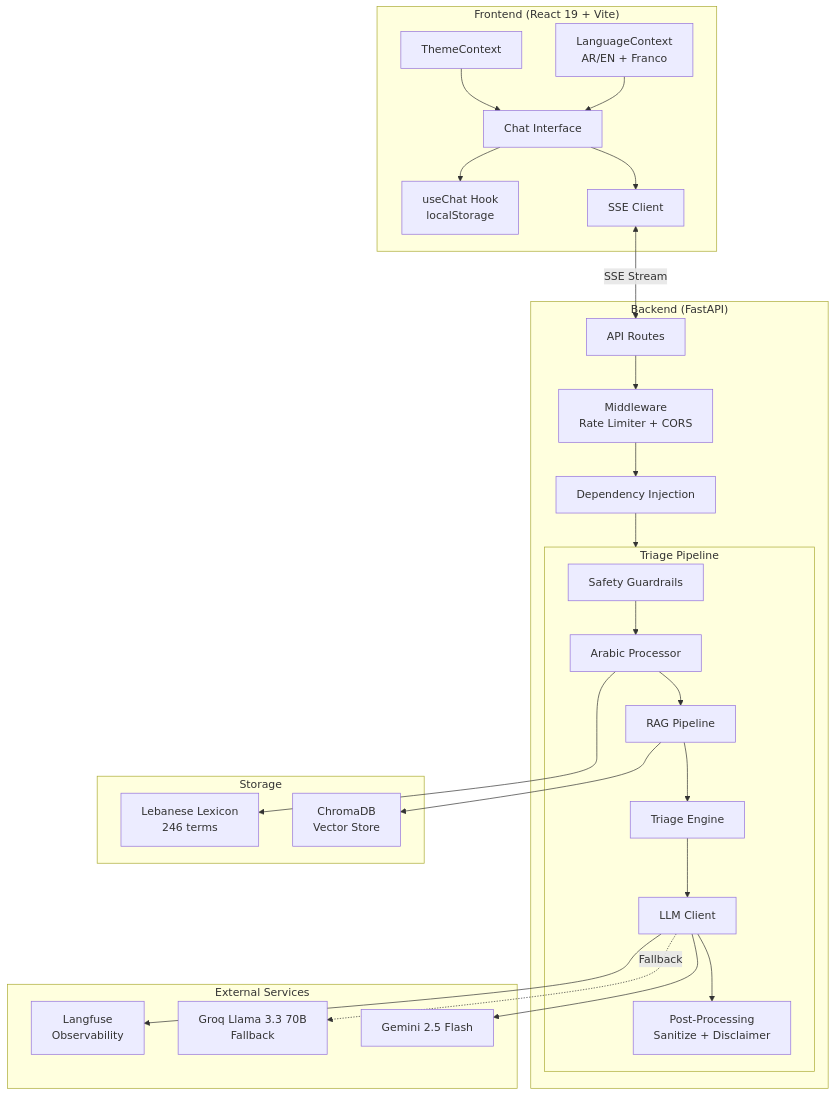
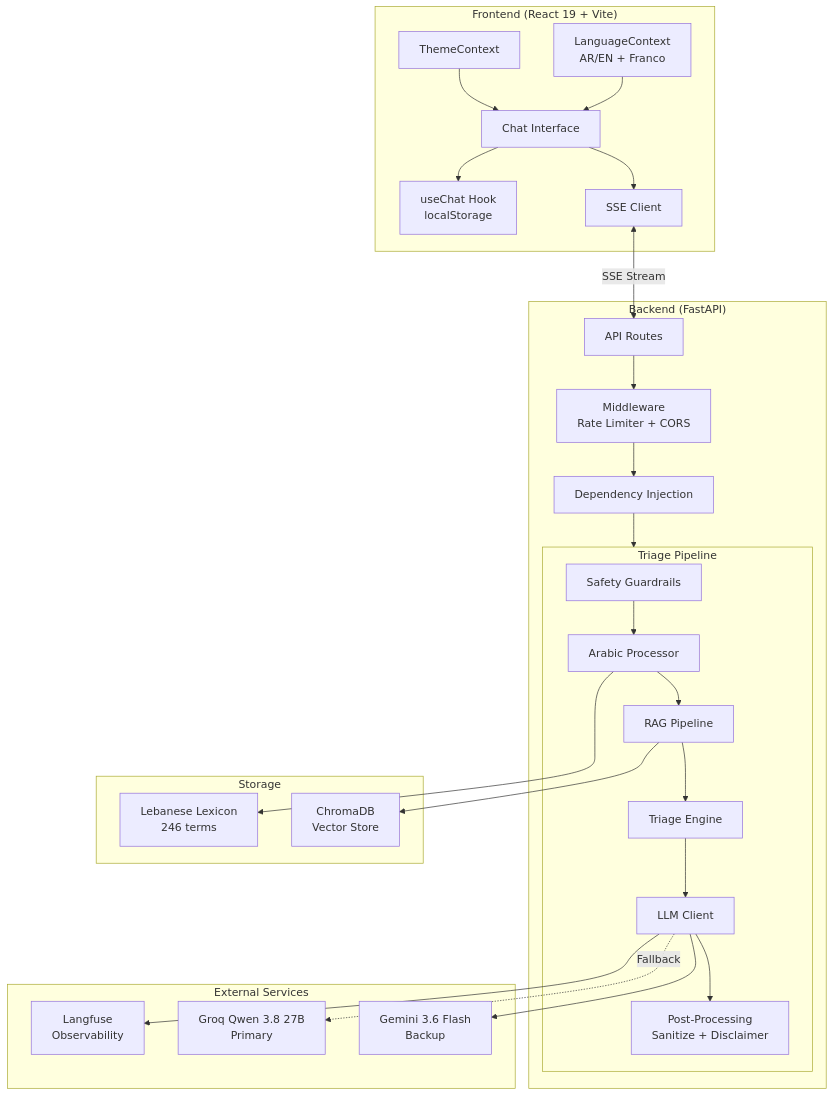
Before and after one commit to MOHHC/hakim: the first of 2 diagrams in docs/ARCHITECTURE.md, drawn with Mermaid. The commit also changed other lines of this file and 5 other files, not shown here.

````diff
--- a/docs/ARCHITECTURE.md
+++ b/docs/ARCHITECTURE.md
@@ -7,42 +7,42 @@
 ```mermaid
 graph TB
     subgraph Frontend ["Frontend (React 19 + Vite)"]
         UI[Chat Interface] --> SSE[SSE Client]
         UI --> State[useChat Hook<br/>localStorage]
         Theme[ThemeContext] --> UI
         Lang[LanguageContext<br/>AR/EN + Franco] --> UI
     end
 
     subgraph Backend ["Backend (FastAPI)"]
         API[API Routes] --> MW[Middleware<br/>Rate Limiter + CORS]
         MW --> DI[Dependency Injection]
 
         subgraph Pipeline ["Triage Pipeline"]
             SG[Safety Guardrails] --> AP[Arabic Processor]
             AP --> RAG[RAG Pipeline]
             RAG --> TE[Triage Engine]
             TE --> LLM[LLM Client]
             LLM --> PP[Post-Processing<br/>Sanitize + Disclaimer]
         end
 
         DI --> Pipeline
     end
 
     subgraph External ["External Services"]
-        Gemini[Gemini 2.5 Flash]
-        Groq[Groq Llama 3.3 70B<br/>Fallback]
+        Groq[Groq Qwen 3.8 27B<br/>Primary]
+        Gemini[Gemini 3.6 Flash<br/>Backup]
         LF[Langfuse<br/>Observability]
     end
 
     subgraph Storage ["Storage"]
         Chroma[ChromaDB<br/>Vector Store]
         Lexicon[Lebanese Lexicon<br/>246 terms]
     end
 
     SSE <-->|SSE Stream| API
     LLM --> Gemini
     LLM -.->|Fallback| Groq
     LLM --> LF
     RAG --> Chroma
     AP --> Lexicon
 ```
````
